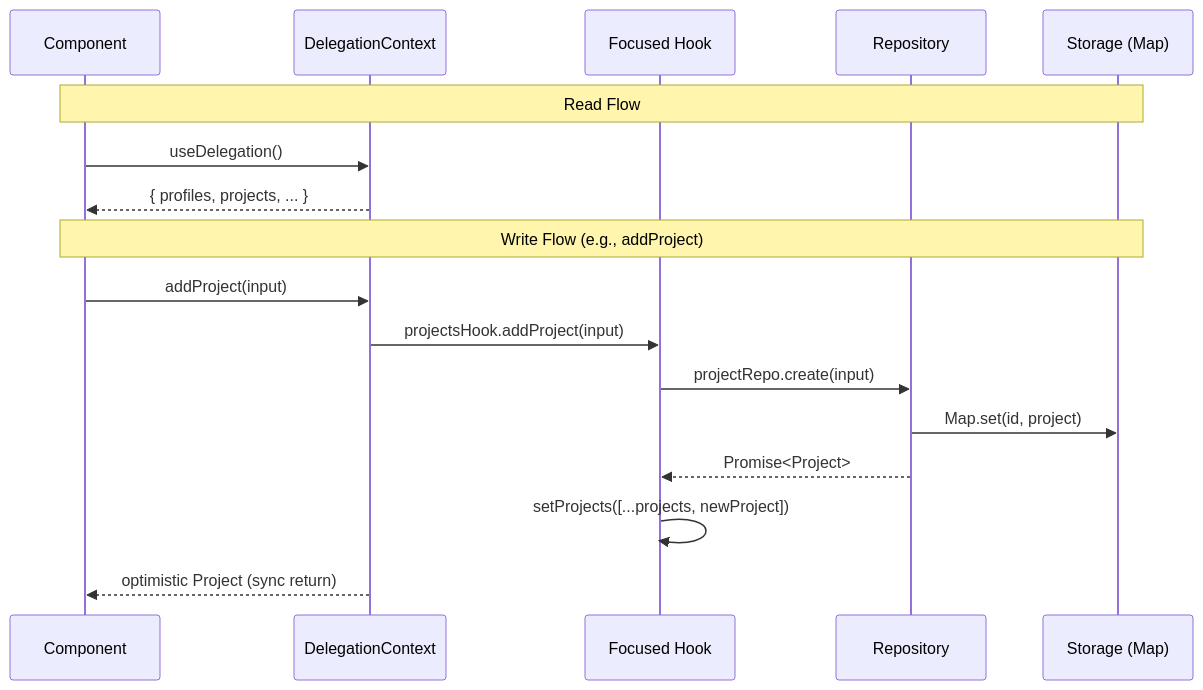
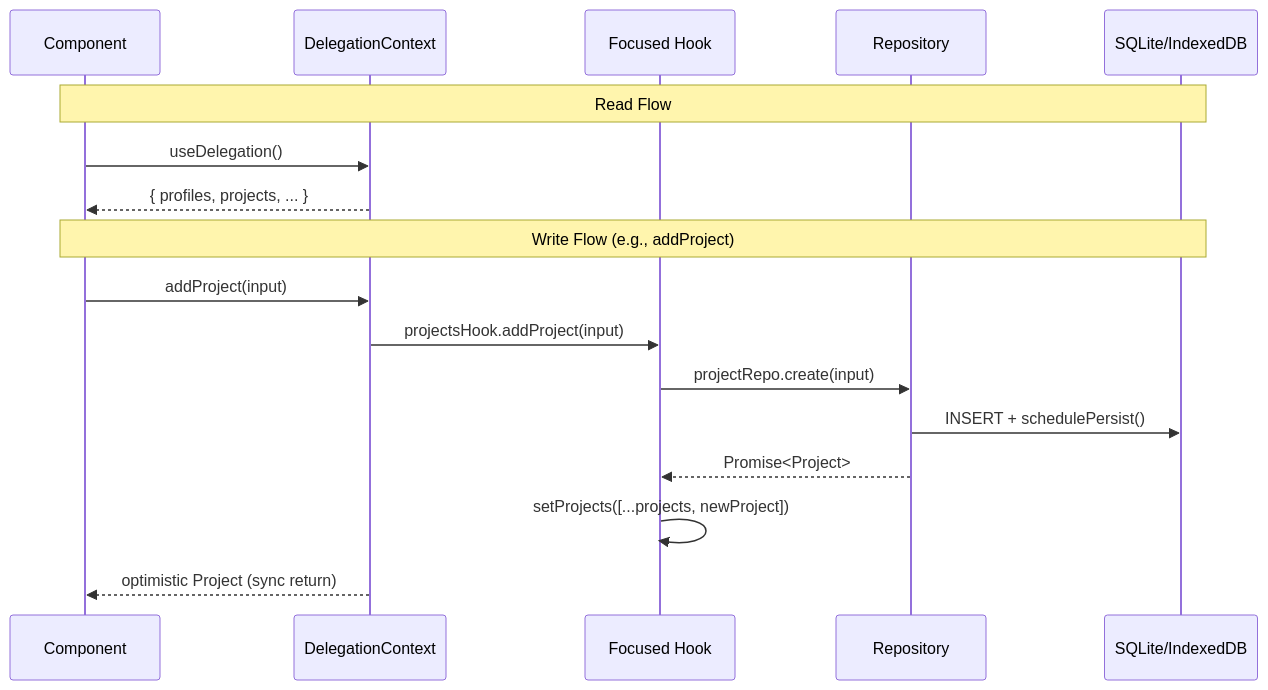
The second of 4 diagrams in CLAUDE.md (spacetexan/impact-flow), drawn with Mermaid before and after one commit. The commit also changed other lines of this file and 1 other file, not shown here.

First line of the commit message:
Update documentation with SQLite setup instructions

````diff
--- a/CLAUDE.md
+++ b/CLAUDE.md
@@ -143,21 +174,21 @@
 ```mermaid
 sequenceDiagram
     participant C as Component
     participant Ctx as DelegationContext
     participant H as Focused Hook
     participant R as Repository
-    participant S as Storage (Map)
+    participant DB as SQLite/IndexedDB
 
-    Note over C,S: Read Flow
+    Note over C,DB: Read Flow
     C->>Ctx: useDelegation()
     Ctx-->>C: { profiles, projects, ... }
 
-    Note over C,S: Write Flow (e.g., addProject)
+    Note over C,DB: Write Flow (e.g., addProject)
     C->>Ctx: addProject(input)
     Ctx->>H: projectsHook.addProject(input)
     H->>R: projectRepo.create(input)
-    R->>S: Map.set(id, project)
+    R->>DB: INSERT + schedulePersist()
     R-->>H: Promise<Project>
     H->>H: setProjects([...projects, newProject])
     Ctx-->>C: optimistic Project (sync return)
 ```
````
